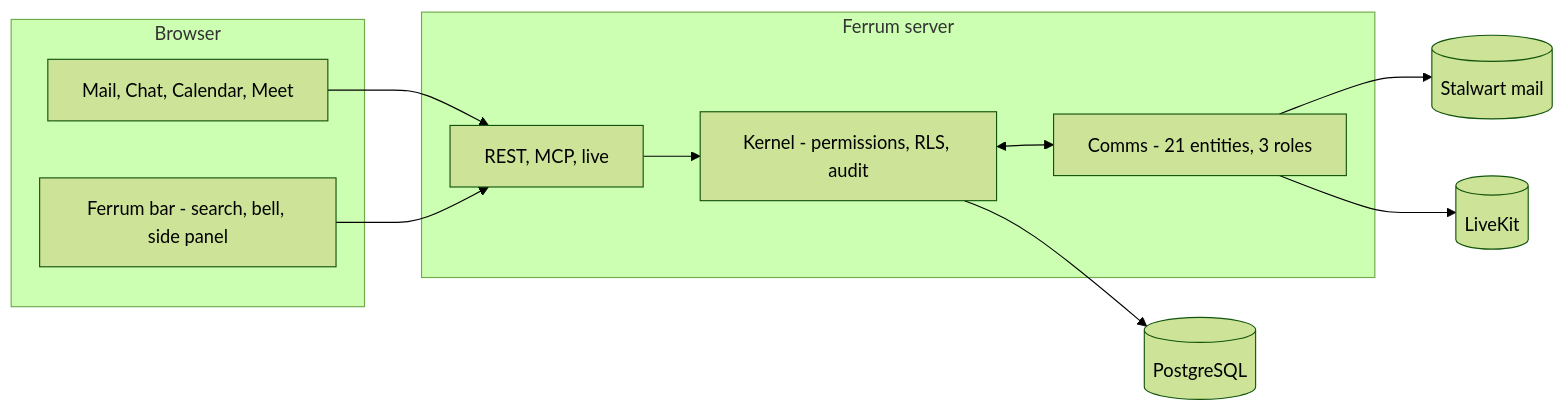
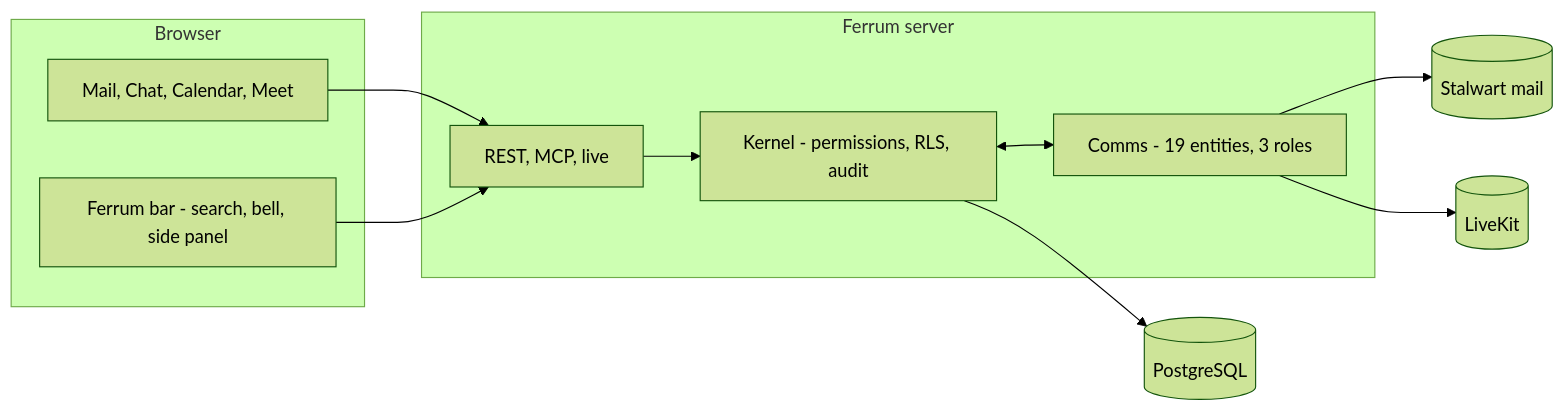
One commit to CBFerrum/ferrum-app-comms changed the third of 3 diagrams in README.md. Above: the diagram before and after it, drawn with Mermaid (forest theme). The commit also changed other lines of this file and 1 other file, not shown here.

````diff
--- a/README.md
+++ b/README.md
@@ -401,18 +401,18 @@
 ```mermaid
 flowchart LR
     subgraph Browser
         UI["Mail, Chat, Calendar, Meet"]
         BAR["Ferrum bar - search, bell, side panel"]
     end
     subgraph Server["Ferrum server"]
         API["REST, MCP, live"]
         K["Kernel - permissions, RLS, audit"]
-        APP["Comms - 21 entities, 3 roles"]
+        APP["Comms - 19 entities, 3 roles"]
     end
     DB[("PostgreSQL")]
     UI --> API --> K --> DB
     BAR --> API
     K <--> APP
     APP --> ST[("Stalwart mail")]
     APP --> LK[("LiveKit")]
 ```
````
